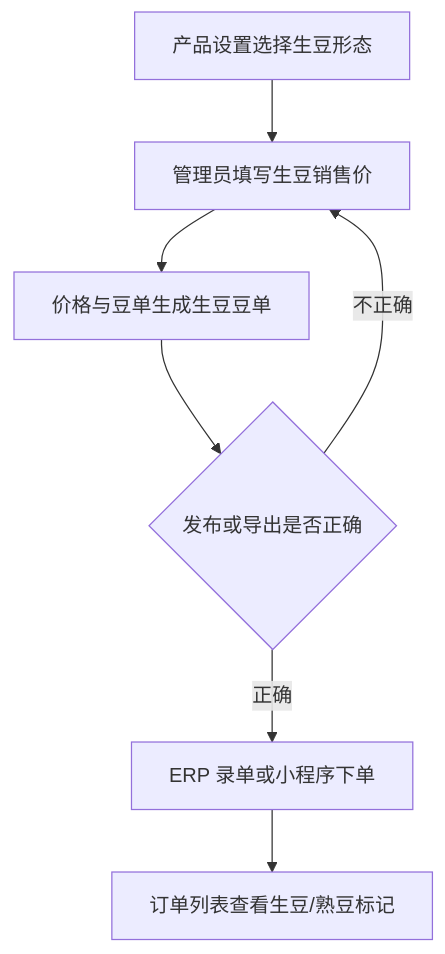
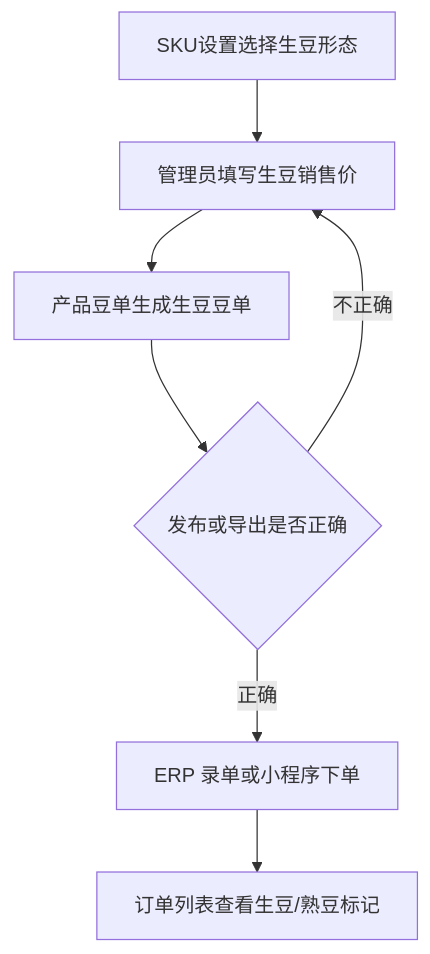
Before and after one commit to Backstage2539/KFerp: the diagram in orderapp-remote/docs/OP_MANUAL_GREEN_BEAN_SALES.md, drawn with Mermaid. The commit also changed other lines of this file and 25 other files, not shown here.

````diff
--- a/orderapp-remote/docs/OP_MANUAL_GREEN_BEAN_SALES.md
+++ b/orderapp-remote/docs/OP_MANUAL_GREEN_BEAN_SALES.md
@@ -13,9 +13,9 @@
 ```mermaid
 flowchart TD
-  A["产品设置选择生豆形态"] --> B["管理员填写生豆销售价"]
-  B --> C["价格与豆单生成生豆豆单"]
+  A["SKU设置选择生豆形态"] --> B["管理员填写生豆销售价"]
+  B --> C["产品豆单生成生豆豆单"]
   C --> D{"发布或导出是否正确"}
   D -->|正确| E["ERP 录单或小程序下单"]
   D -->|不正确| B
   E --> F["订单列表查看生豆/熟豆标记"]
 ```
````
